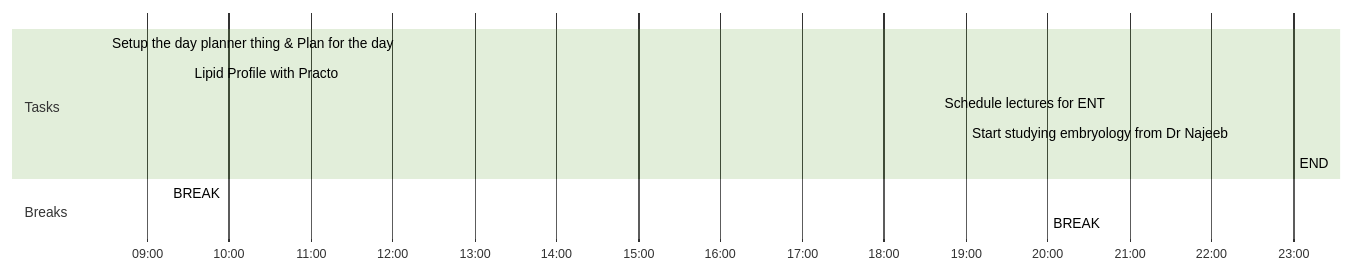
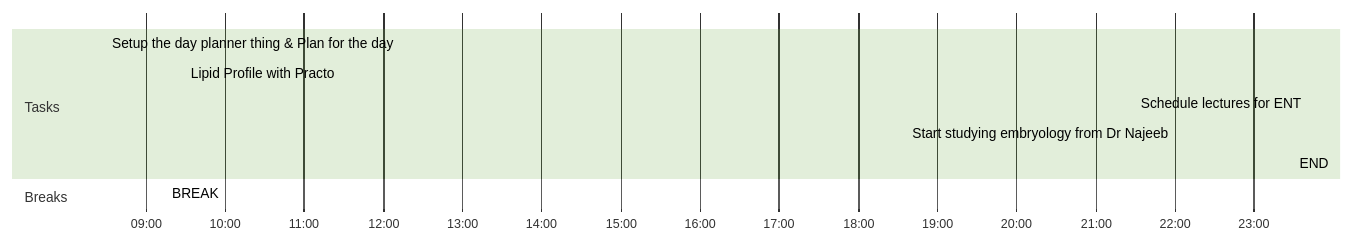
One commit to nihitkhandelwal-eng/The_Brainforest changed the diagram in 🌱 Journal/2022/Quarter 2/04-April/28-Apr-22.md. Above: the diagram before and after it, drawn with Mermaid (forest theme). The commit also changed other lines of this file and 2 other files, not shown here.

````diff
--- a/🌱 Journal/2022/Quarter 2/04-April/28-Apr-22.md
+++ b/🌱 Journal/2022/Quarter 2/04-April/28-Apr-22.md
@@ -45,15 +47,14 @@
 ```mermaid
 gantt
     dateFormat  HH-mm
     axisFormat %H:%M
-    %% Current Time: 7:51:03 PM
+    %% Current Time: 8:05:38 PM
     section Tasks
     Setup the day planner thing & Plan for the day     :08-30, 60mm
     Lipid Profile with Practo     :09-30, -15mm
-    Schedule lectures for ENT     :18-40, 20mm
-    Start studying embryology from Dr Najeeb     :19-00, 60mm
-    END     :23-00, 0mm
+    Schedule lectures for ENT     :21-30, 30mm
+    Start studying embryology from Dr Najeeb     :22-00, 90mm
+    END     :23-30, 0mm
     section Breaks
-    BREAK     :09-15, 565mm
-    BREAK     :20-00, 180mm
+    BREAK     :09-15, 735mm
 ```
````
